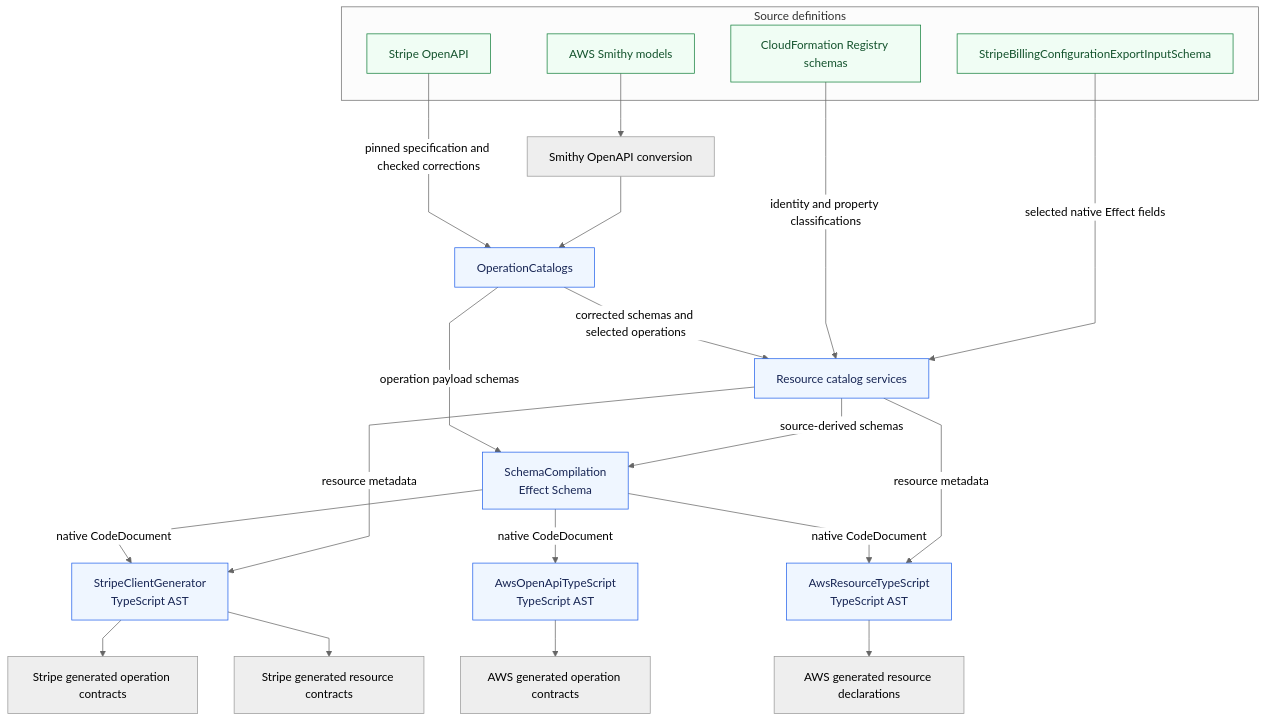
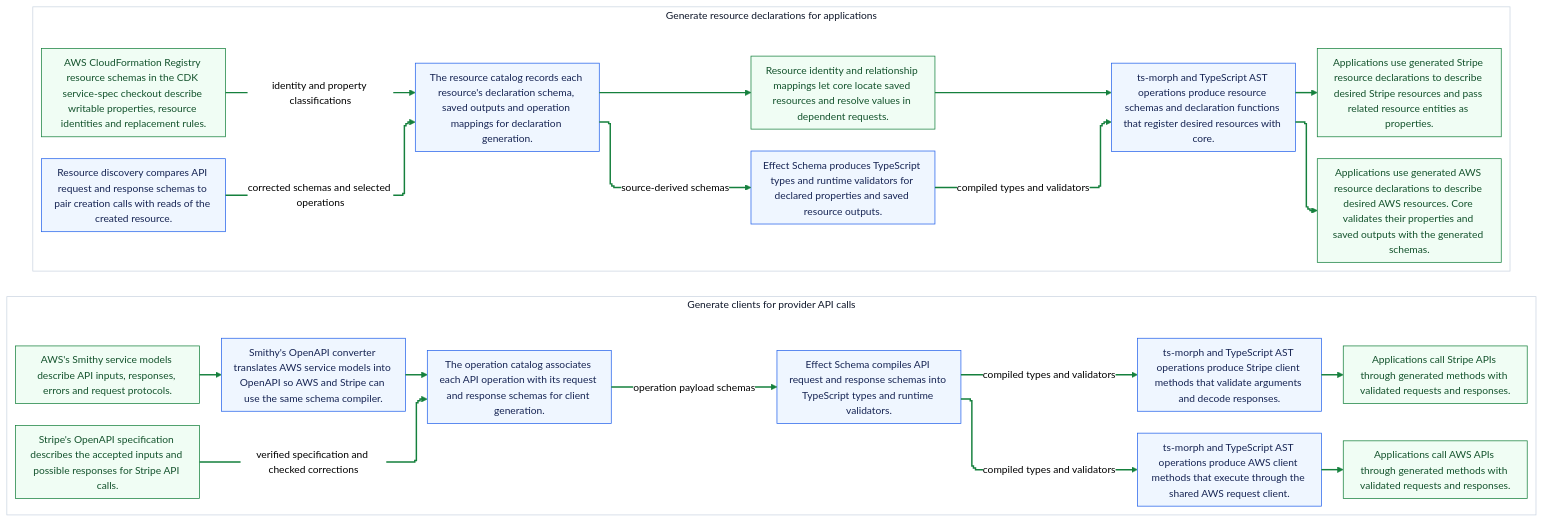
The first of 2 diagrams in docs/application/generation-architecture.md (Tradedal/nomoss), drawn with Mermaid before and after one commit. The commit also changed other lines of this file and 56 other files, not shown here.

First line of the commit message:
Generate native AWS clients and resource declarations

````diff
--- a/docs/application/generation-architecture.md
+++ b/docs/application/generation-architecture.md
@@ -15,44 +60,67 @@
 ```mermaid
 ---
 config:
+  layout: elk
   theme: neutral
+  themeVariables:
+    fontSize: "14px"
+    background: "#ffffff"
   flowchart:
-    curve: linear
+    curve: stepAfter
+    padding: 8
+    wrappingWidth: 220
+    nodeSpacing: 16
+    rankSpacing: 24
 ---
-flowchart TB
-  subgraph Sources["Source definitions"]
-    Stripe["Stripe OpenAPI"]
-    Smithy["AWS Smithy models"]
-    Registry["CloudFormation Registry schemas"]
-    Local["StripeBillingConfigurationExportInputSchema"]
+flowchart LR
+  subgraph Clients["Generate clients for provider API calls"]
+    direction LR
+    Stripe["Stripe's OpenAPI specification describes the accepted inputs and possible responses for Stripe API calls."]
+    Smithy["AWS's Smithy service models describe API inputs, responses, errors and request protocols."]
+    Conversion["Smithy's OpenAPI converter translates AWS service models into OpenAPI so AWS and Stripe can use the same schema compiler."]
+    Operations["The operation catalog associates each API operation with its request and response schemas for client generation."]
+    ClientCompilation["Effect Schema compiles API request and response schemas into TypeScript types and runtime validators."]
+    StripeGenerator["ts-morph and TypeScript AST operations produce Stripe client methods that validate arguments and decode responses."]
+    AwsClientGenerator["ts-morph and TypeScript AST operations produce AWS client methods that execute through the shared AWS request client."]
+    StripeClient["Applications call Stripe APIs through generated methods with validated requests and responses."]
+    AwsClient["Applications call AWS APIs through generated methods with validated requests and responses."]
+
+    Stripe -->|"verified specification and checked corrections"| Operations
+    Smithy --> Conversion --> Operations
+    Operations -->|"operation payload schemas"| ClientCompilation
+    ClientCompilation -->|"compiled types and validators"| StripeGenerator
+    ClientCompilation -->|"compiled types and validators"| AwsClientGenerator
+    StripeGenerator --> StripeClient
+    AwsClientGenerator --> AwsClient
   end
-  Conversion["Smithy OpenAPI conversion"]
-  Operations["OperationCatalogs"]
-  Resources["Resource catalog services"]
-  Compilation["SchemaCompilation<br/>Effect Schema"]
-  StripeGenerator["StripeClientGenerator<br/>TypeScript AST"]
-  AwsClientGenerator["AwsOpenApiTypeScript<br/>TypeScript AST"]
-  AwsResourceGenerator["AwsResourceTypeScript<br/>TypeScript AST"]
-  StripeClient["Stripe generated operation contracts"]
-  StripeResources["Stripe generated resource contracts"]
-  AwsClient["AWS generated operation contracts"]
-  AwsResources["AWS generated resource declarations"]
 
-  Stripe -->|"pinned specification and checked corrections"| Operations
-  Smithy --> Conversion --> Operations
-  Operations -->|"operation payload schemas"| Compilation
-  Operations -->|"corrected schemas and selected operations"| Resources
-  Registry -->|"identity and property classifications"| Resources
-  Local -->|"selected native Effect fields"| Resources
-  Resources -->|"source-derived schemas"| Compilation
-  Compilation -->|"native CodeDocument"| StripeGenerator & AwsClientGenerator & AwsResourceGenerator
-  Resources -->|"resource metadata"| StripeGenerator & AwsResourceGenerator
-  StripeGenerator --> StripeClient & StripeResources
-  AwsClientGenerator --> AwsClient
-  AwsResourceGenerator --> AwsResources
+  subgraph Declarations["Generate resource declarations for applications"]
+    direction LR
+    ResourceOperations["Resource discovery compares API request and response schemas to pair creation calls with reads of the created resource."]
+    Registry["AWS CloudFormation Registry resource schemas in the CDK service-spec checkout describe writable properties, resource identities and replacement rules."]
+    Resources["The resource catalog records each resource's declaration schema, saved outputs and operation mappings for declaration generation."]
+    ResourceCompilation["Effect Schema produces TypeScript types and runtime validators for declared properties and saved resource outputs."]
+    Metadata["Resource identity and relationship mappings let core locate saved resources and resolve values in dependent requests."]
+    ResourceGenerators["ts-morph and TypeScript AST operations produce resource schemas and declaration functions that register desired resources with core."]
+    StripeResources["Applications use generated Stripe resource declarations to describe desired Stripe resources and pass related resource entities as properties."]
+    AwsResources["Applications use generated AWS resource declarations to describe desired AWS resources. Core validates their properties and saved outputs with the generated schemas."]
+
+    ResourceOperations -->|"corrected schemas and selected operations"| Resources
+    Registry -->|"identity and property classifications"| Resources
+    Resources -->|"source-derived schemas"| ResourceCompilation
+    Resources --> Metadata
+    ResourceCompilation -->|"compiled types and validators"| ResourceGenerators
+    Metadata --> ResourceGenerators
+    ResourceGenerators --> StripeResources
+    ResourceGenerators --> AwsResources
+  end
+
+  style Clients fill:#ffffff,stroke:#cbd5e1,color:#0f172a
+  style Declarations fill:#ffffff,stroke:#cbd5e1,color:#0f172a
+  linkStyle default stroke:#15803d,stroke-width:2px,color:#166534
 
   classDef source fill:#f0fdf4,stroke:#15803d,color:#14532d
   classDef service fill:#eff6ff,stroke:#2563eb,color:#172554
-  class Stripe,Smithy,Registry,Local source
-  class Operations,Resources,Compilation,StripeGenerator,AwsClientGenerator,AwsResourceGenerator service
+  class Stripe,Smithy,Registry,Metadata,StripeClient,AwsClient,StripeResources,AwsResources source
+  class Conversion,Operations,ClientCompilation,StripeGenerator,AwsClientGenerator,ResourceOperations,Resources,ResourceCompilation,ResourceGenerators service
 ```
````
